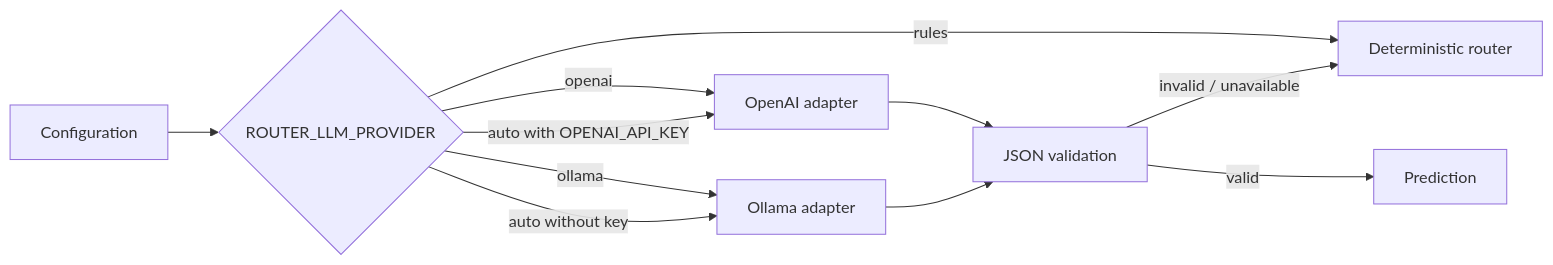
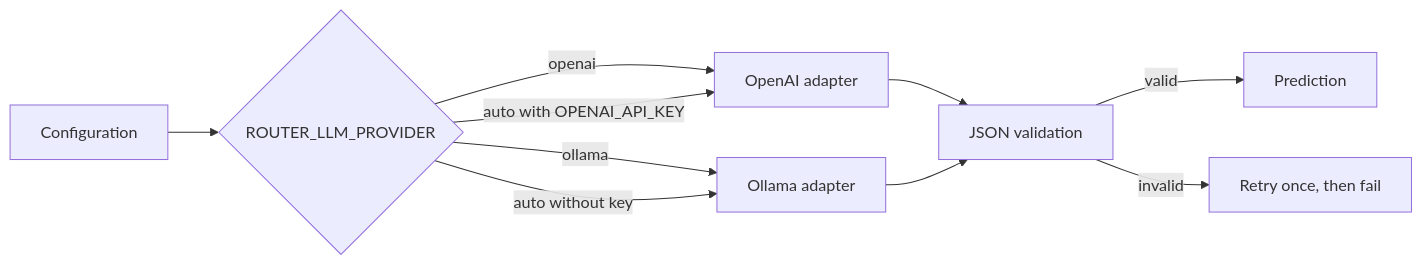
The fourth of 6 diagrams in ARCHITECTURE.md (shiva-reddy-1001/whatsapp-notification-router), drawn with Mermaid before and after one commit. The commit also changed other lines of this file and 11 other files, not shown here.

````diff
--- a/ARCHITECTURE.md
+++ b/ARCHITECTURE.md
@@ -99,13 +92,12 @@
 ```mermaid
 flowchart LR
     C["Configuration"] --> P{"ROUTER_LLM_PROVIDER"}
-    P -->|"rules"| R["Deterministic router"]
     P -->|"openai"| O["OpenAI adapter"]
     P -->|"ollama"| L["Ollama adapter"]
     P -->|"auto with OPENAI_API_KEY"| O
     P -->|"auto without key"| L
     O --> V["JSON validation"]
     L --> V
     V -->|"valid"| OUT["Prediction"]
-    V -->|"invalid / unavailable"| R
+    V -->|"invalid"| ERR["Retry once, then fail"]
 ```
````
